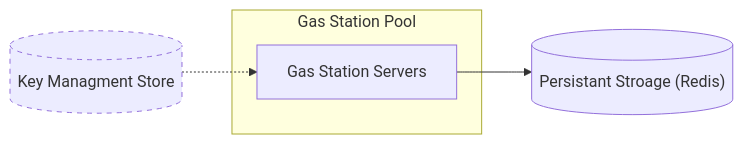
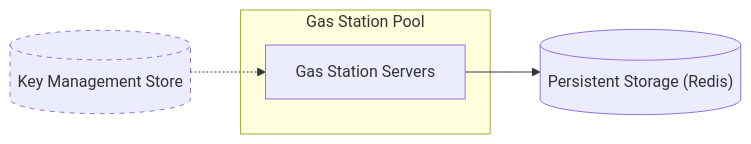
The first of 4 diagrams in docs/content/developer/gas-station/architecture/components.mdx (iotaledger/iota), drawn with Mermaid before and after one commit. The commit also changed 1 other file, not shown here.

Commit message:
docs: fix typos

````diff
--- a/docs/content/developer/gas-station/architecture/components.mdx
+++ b/docs/content/developer/gas-station/architecture/components.mdx
@@ -15,11 +15,11 @@
 ```mermaid
 flowchart LR
  subgraph subGraph0["Gas Station Pool"]
         GSS["Gas Station Servers"]
   end
-    KMS[("Key Managment Store")] -.-> GSS
-    GSS --> REDIS[("Persistant Stroage (Redis)")]
+    KMS[("Key Management Store")] -.-> GSS
+    GSS --> REDIS[("Persistent Storage (Redis)")]
 
 
     style KMS stroke-width:1px,stroke-dasharray: 5
 ```
````
